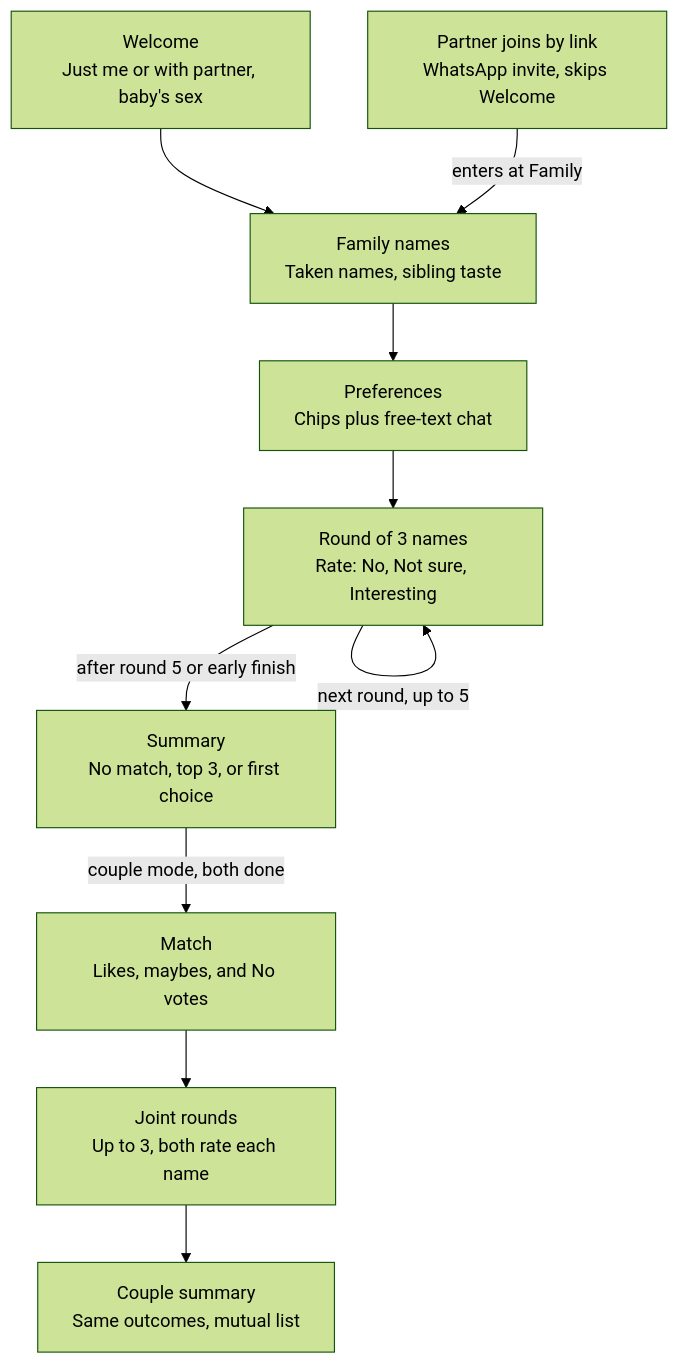
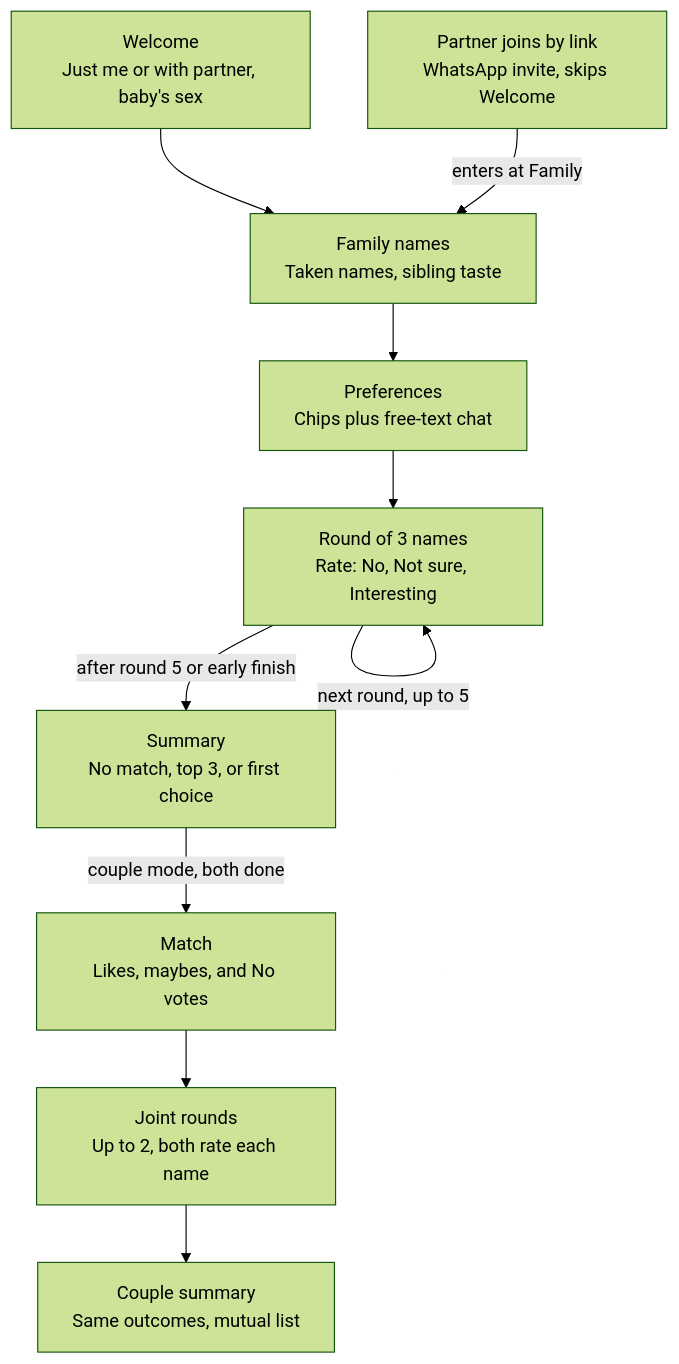
One commit to ShaharGotshtat/NamePlanner changed the diagram in docs/PRD.md. Above: the diagram before and after it, drawn with Mermaid (forest theme). The commit also changed other lines of this file, not shown here.

First line of the commit message:
Update PRD: smaller v1 scope, pre-generated name tags, due date, session limits

````diff
--- a/docs/PRD.md
+++ b/docs/PRD.md
@@ -38,12 +57,12 @@
 ```mermaid
 flowchart TD
     W["Welcome<br/>Just me or with partner, baby's sex"] --> F["Family names<br/>Taken names, sibling taste"]
     F --> P["Preferences<br/>Chips plus free-text chat"]
     P --> R["Round of 3 names<br/>Rate: No, Not sure, Interesting"]
     R -- "next round, up to 5" --> R
     R -- "after round 5 or early finish" --> S["Summary<br/>No match, top 3, or first choice"]
     J["Partner joins by link<br/>WhatsApp invite, skips Welcome"] -- "enters at Family" --> F
     S -- "couple mode, both done" --> M["Match<br/>Likes, maybes, and No votes"]
-    M --> JR["Joint rounds<br/>Up to 3, both rate each name"]
+    M --> JR["Joint rounds<br/>Up to 2, both rate each name"]
     JR --> CS["Couple summary<br/>Same outcomes, mutual list"]
 ```
````
